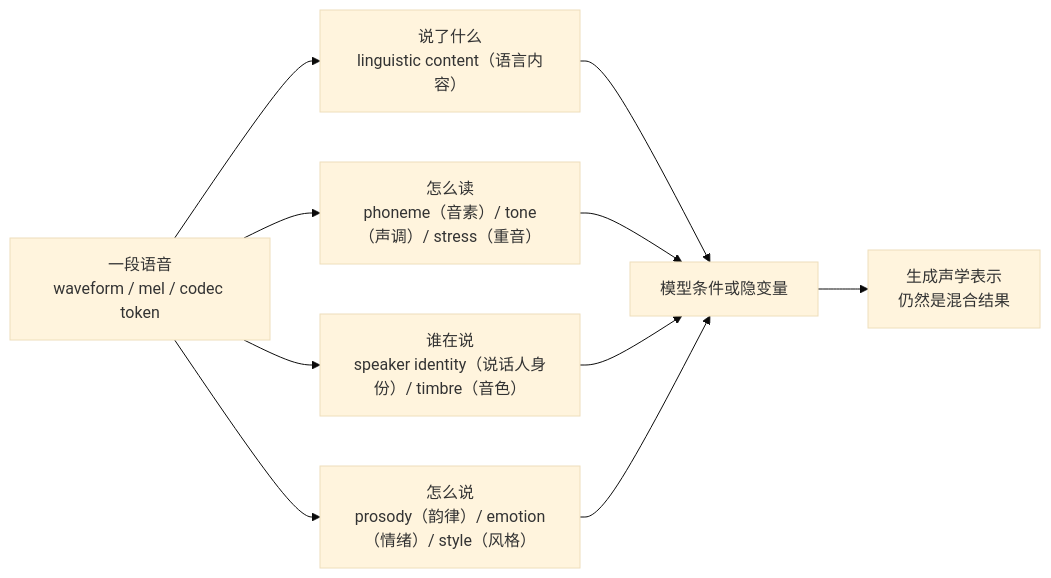
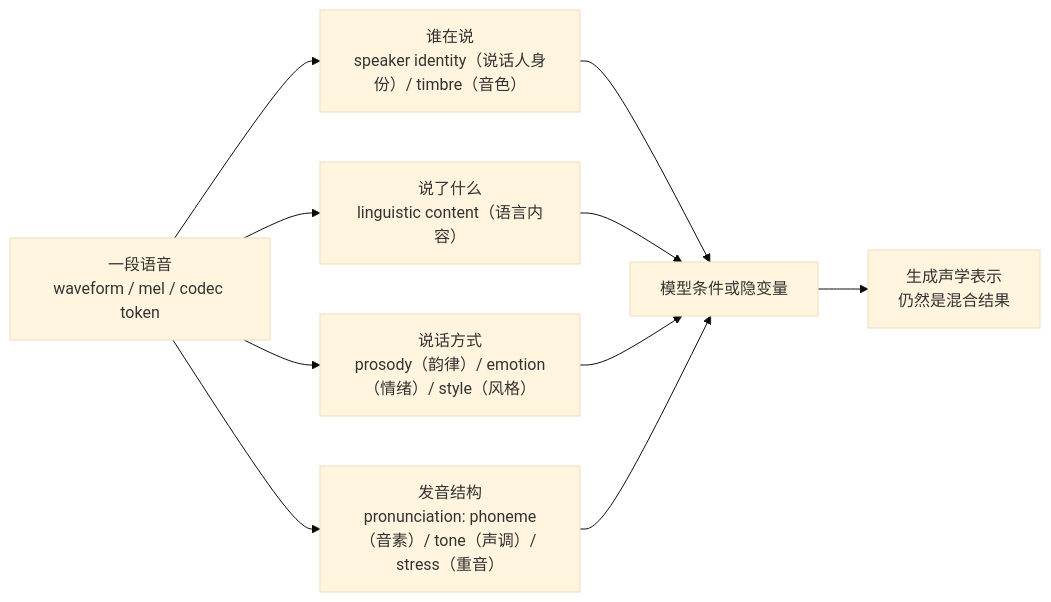
One commit to dugenkui03/OmniVoice changed the first of 11 diagrams in books/chapter06_语音信息分解.md. Above: the diagram before and after it, drawn with Mermaid (base theme). The commit also changed other lines of this file and 14 other files, not shown here.

````diff
--- a/books/chapter06_语音信息分解.md
+++ b/books/chapter06_语音信息分解.md
@@ -11,12 +11,12 @@
 ```mermaid
 flowchart LR
-    A["一段语音<br/>waveform / mel / codec token"] --> B["说了什么<br/>linguistic content（语言内容）"]
-    A --> C["怎么读<br/>phoneme（音素）/ tone（声调）/ stress（重音）"]
-    A --> D["谁在说<br/>speaker identity（说话人身份）/ timbre（音色）"]
-    A --> E["怎么说<br/>prosody（韵律）/ emotion（情绪）/ style（风格）"]
+    A["一段语音<br/>waveform / mel / codec token"] --> B["谁在说<br/>speaker identity（说话人身份）/ timbre（音色）"]
+    A --> C["说了什么<br/>linguistic content（语言内容）"]
+    A --> D["说话方式<br/>prosody（韵律）/ emotion（情绪）/ style（风格）"]
+    A --> E["发音结构<br/>pronunciation: phoneme（音素）/ tone（声调）/ stress（重音）"]
     B --> F["模型条件或隐变量"]
     C --> F
     D --> F
     E --> F
     F --> G["生成声学表示<br/>仍然是混合结果"]
 ```
````
